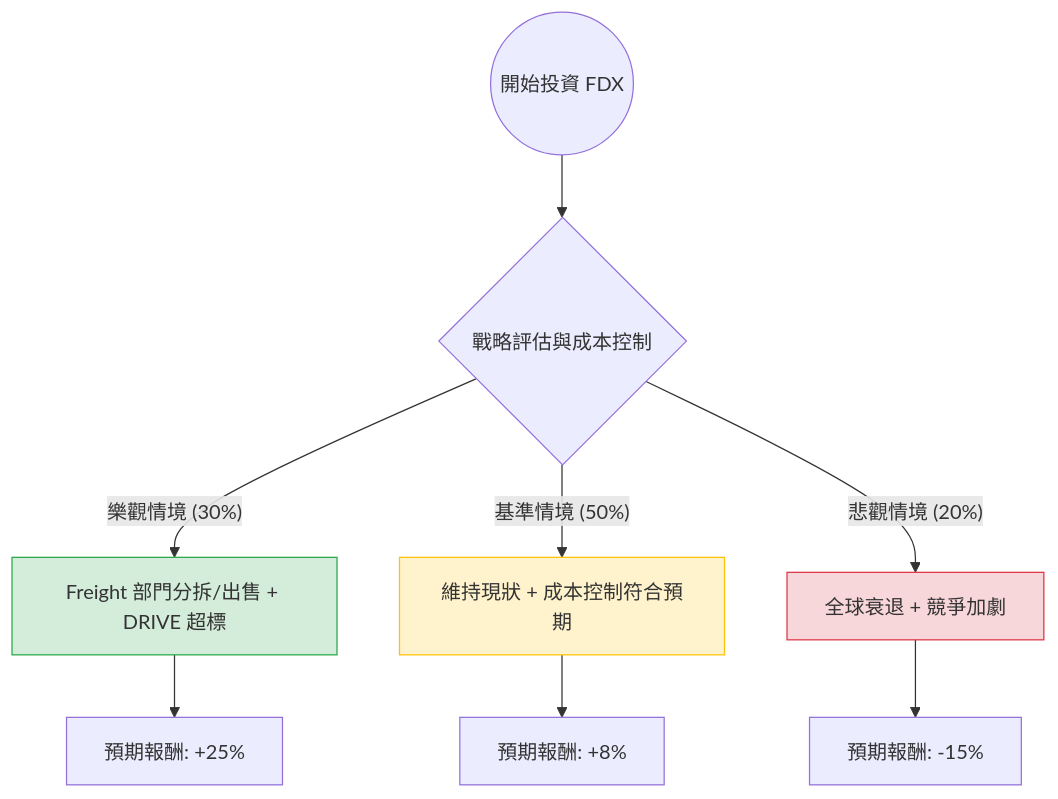
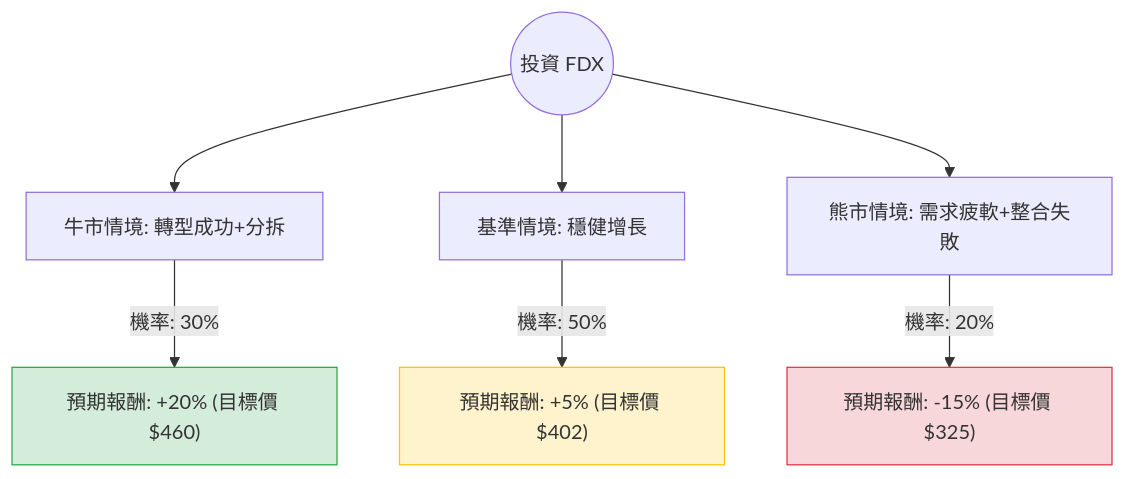
The diagram in plugin-react/ai-analysis/ev-analysis/FDX.md (zmcx16/zmcx16.github.io), drawn with Mermaid before and after one commit. The commit also changed other lines of this file and 50 other files, not shown here.

````diff
--- a/plugin-react/ai-analysis/ev-analysis/FDX.md
+++ b/plugin-react/ai-analysis/ev-analysis/FDX.md
@@ -24,16 +20,14 @@
 ```mermaid
 graph TD
-    Start((開始投資 FDX)) --> A{戰略評估與成本控制}
-    
-    A -- 樂觀情境 (30%) --> A1[Freight 部門分拆/出售 + DRIVE 超標]
-    A -- 基準情境 (50%) --> A2[維持現狀 + 成本控制符合預期]
-    A -- 悲觀情境 (20%) --> A3[全球衰退 + 競爭加劇]
+    Start((投資 FDX)) --> Bull[牛市情境: 轉型成功+分拆]
+    Start --> Base[基準情境: 穩健增長]
+    Start --> Bear[熊市情境: 需求疲軟+整合失敗]
 
-    A1 --> B1[預期報酬: +25%]
-    A2 --> B2[預期報酬: +8%]
-    A3 --> B3[預期報酬: -15%]
+    Bull -- "機率: 30%" --> BullResult["預期報酬: +20% (目標價 $460)"]
+    Base -- "機率: 50%" --> BaseResult["預期報酬: +5% (目標價 $402)"]
+    Bear -- "機率: 20%" --> BearResult["預期報酬: -15% (目標價 $325)"]
 
-    style A1 fill:#d4edda,stroke:#28a745
-    style A2 fill:#fff3cd,stroke:#ffc107
-    style A3 fill:#f8d7da,stroke:#dc3545
+    style BullResult fill:#d4edda,stroke:#28a745
+    style BaseResult fill:#fff3cd,stroke:#ffc107
+    style BearResult fill:#f8d7da,stroke:#dc3545
 ```
````
